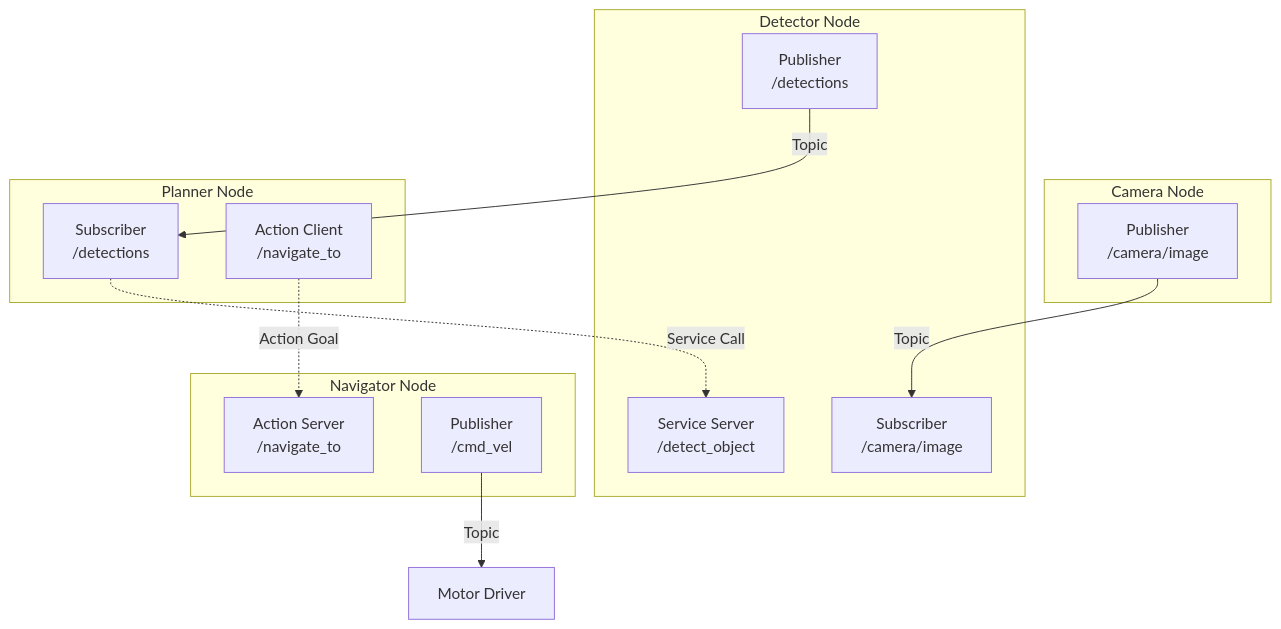
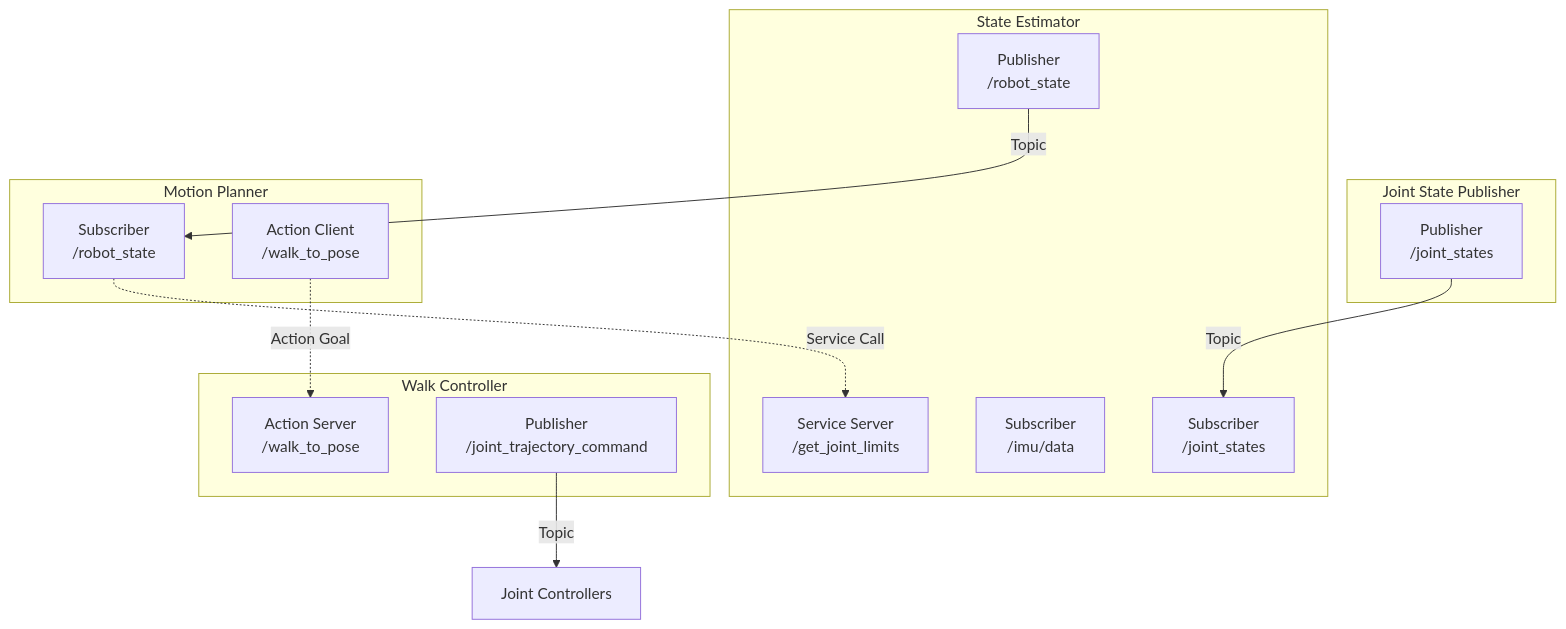
Before and after one commit to Irshadulhaqai/Physical-AI-Humanoid-Robotics-Textbook: the first of 3 diagrams in my-website/docs/module-1/core-concepts.md, drawn with Mermaid. The commit also changed other lines of this file and 24 other files, not shown here.

````diff
--- a/my-website/docs/module-1/core-concepts.md
+++ b/my-website/docs/module-1/core-concepts.md
@@ -36,25 +38,26 @@
 ```mermaid
 flowchart TB
-    subgraph Node_A["Camera Node"]
-        PA[Publisher<br/>/camera/image]
+    subgraph Node_A["Joint State Publisher"]
+        PA[Publisher<br/>/joint_states]
     end
-    subgraph Node_B["Detector Node"]
-        SB[Subscriber<br/>/camera/image]
-        PB[Publisher<br/>/detections]
-        SS[Service Server<br/>/detect_object]
+    subgraph Node_B["State Estimator"]
+        SB[Subscriber<br/>/joint_states]
+        SB2[Subscriber<br/>/imu/data]
+        PB[Publisher<br/>/robot_state]
+        SS[Service Server<br/>/get_joint_limits]
     end
-    subgraph Node_C["Planner Node"]
-        SC[Subscriber<br/>/detections]
-        AC[Action Client<br/>/navigate_to]
+    subgraph Node_C["Motion Planner"]
+        SC[Subscriber<br/>/robot_state]
+        AC[Action Client<br/>/walk_to_pose]
     end
-    subgraph Node_D["Navigator Node"]
-        AS[Action Server<br/>/navigate_to]
-        PD[Publisher<br/>/cmd_vel]
+    subgraph Node_D["Walk Controller"]
+        AS[Action Server<br/>/walk_to_pose]
+        PD[Publisher<br/>/joint_trajectory_command]
     end
 
     PA -->|Topic| SB
     PB -->|Topic| SC
     SC -.->|Service Call| SS
     AC -.->|Action Goal| AS
-    PD -->|Topic| E[Motor Driver]
+    PD -->|Topic| E[Joint Controllers]
 ```
````
